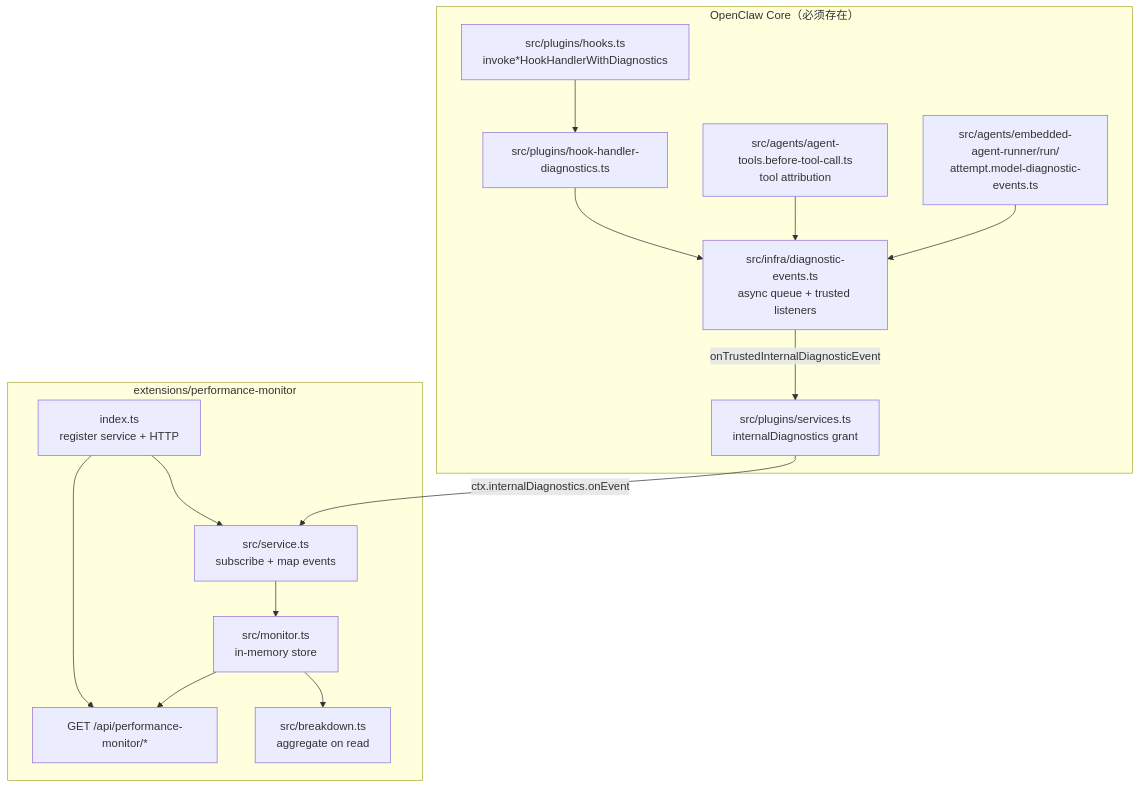
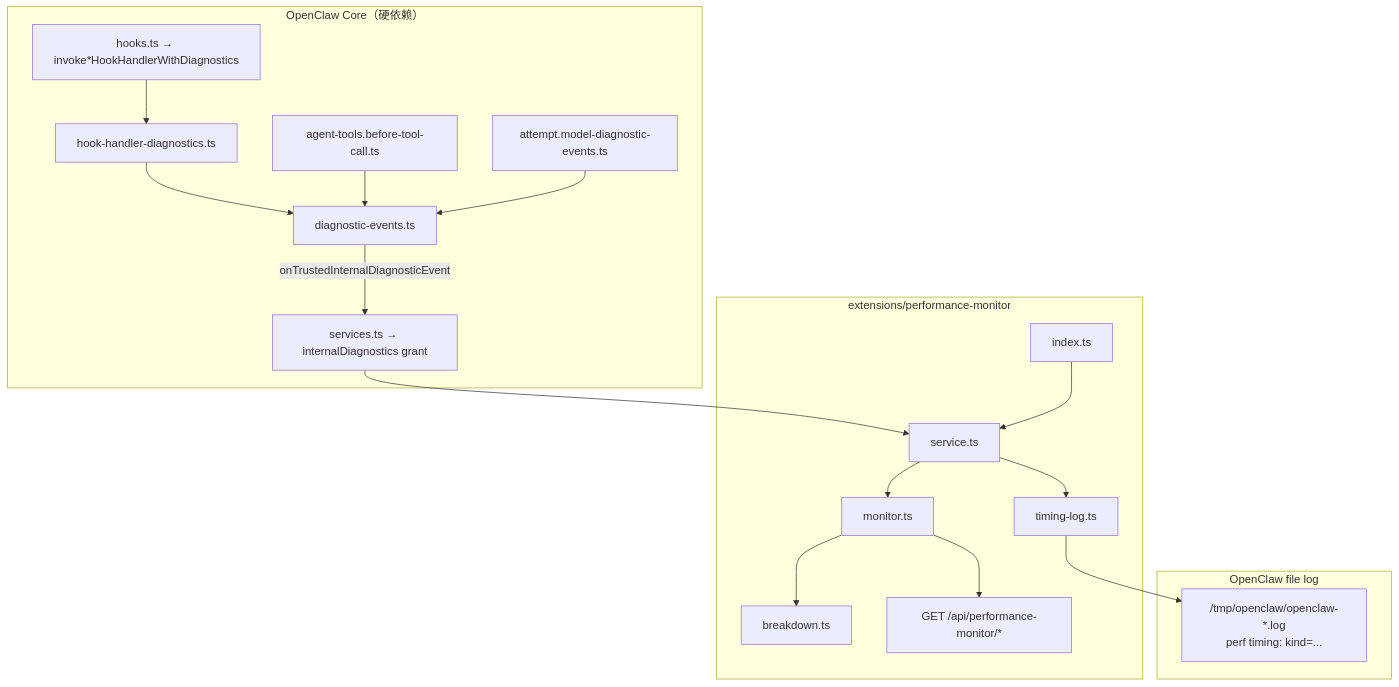
Before and after one commit to openclaw/openclaw: the diagram in extensions/performance-monitor/DESIGN.md, drawn with Mermaid. The commit also changed other lines of this file, not shown here.

First line of the commit message:
docs(performance-monitor): expand DESIGN.md for full plugin reproduction

````diff
--- a/extensions/performance-monitor/DESIGN.md
+++ b/extensions/performance-monitor/DESIGN.md
@@ -47,30 +74,35 @@
 ```mermaid
 flowchart TB
-  subgraph Core["OpenClaw Core（必须存在）"]
-    HR[src/plugins/hooks.ts<br/>invoke*HookHandlerWithDiagnostics]
-    HD[src/plugins/hook-handler-diagnostics.ts]
-    TC[src/agents/agent-tools.before-tool-call.ts<br/>tool attribution]
-    MC[src/agents/embedded-agent-runner/run/<br/>attempt.model-diagnostic-events.ts]
-    DE[src/infra/diagnostic-events.ts<br/>async queue + trusted listeners]
-    PS[src/plugins/services.ts<br/>internalDiagnostics grant]
+  subgraph Core["OpenClaw Core（硬依赖）"]
+    HR[hooks.ts → invoke*HookHandlerWithDiagnostics]
+    HD[hook-handler-diagnostics.ts]
+    TC[agent-tools.before-tool-call.ts]
+    MC[attempt.model-diagnostic-events.ts]
+    DE[diagnostic-events.ts]
+    PS[services.ts → internalDiagnostics grant]
   end
 
   subgraph Plugin["extensions/performance-monitor"]
-    IDX[index.ts<br/>register service + HTTP]
-    SVC[src/service.ts<br/>subscribe + map events]
-    MON[src/monitor.ts<br/>in-memory store]
-    BRK[src/breakdown.ts<br/>aggregate on read]
+    IDX[index.ts]
+    SVC[service.ts]
+    MON[monitor.ts]
+    BRK[breakdown.ts]
+    TL[timing-log.ts]
     HTTP["GET /api/performance-monitor/*"]
+  end
+
+  subgraph Log["OpenClaw file log"]
+    FL["/tmp/openclaw/openclaw-*.log<br/>perf timing: kind=..."]
   end
 
   HR --> HD --> DE
   TC --> DE
   MC --> DE
   DE -->|onTrustedInternalDiagnosticEvent| PS
-  PS -->|ctx.internalDiagnostics.onEvent| SVC
+  PS --> SVC
   SVC --> MON
+  SVC --> TL --> FL
   MON --> BRK
   IDX --> SVC
-  IDX --> HTTP
   MON --> HTTP
 ```
````
